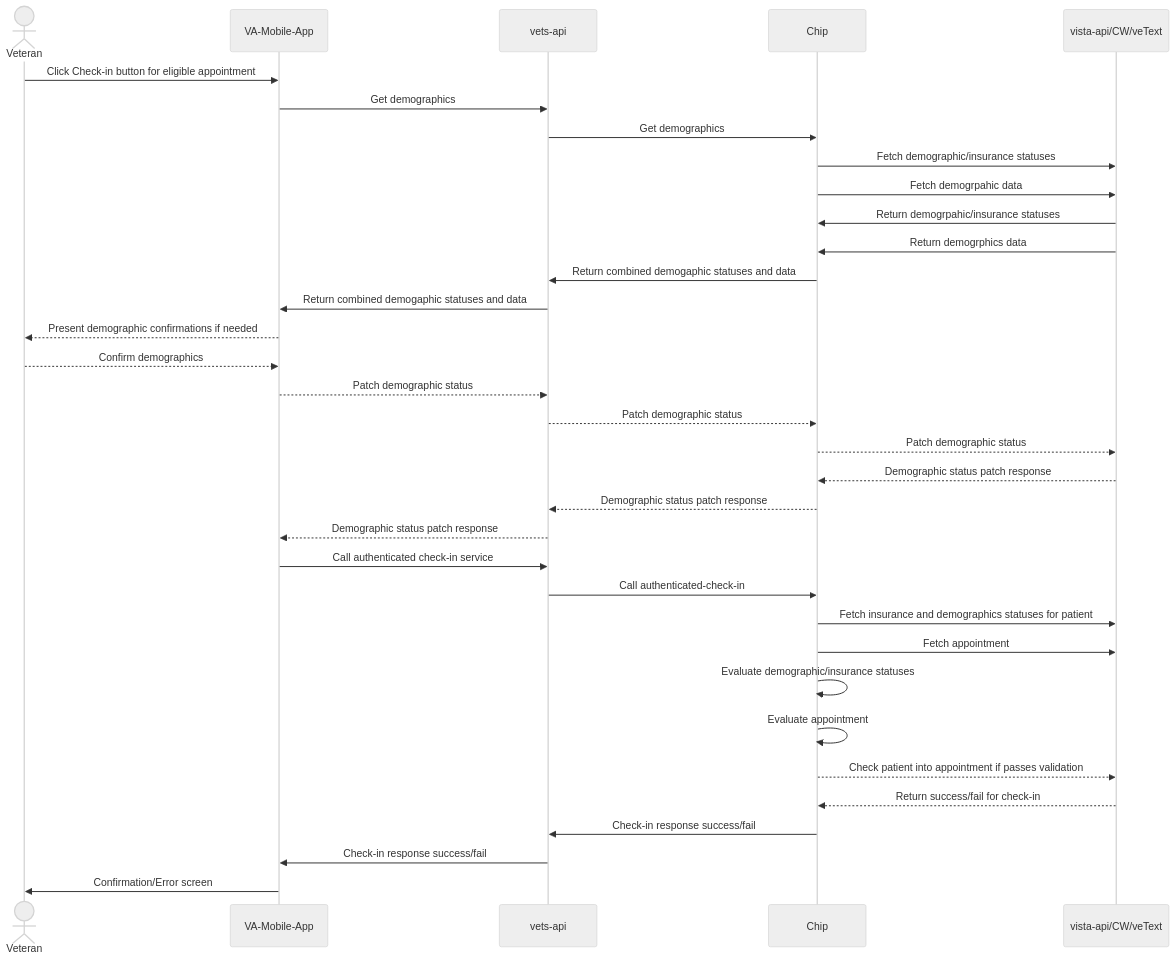
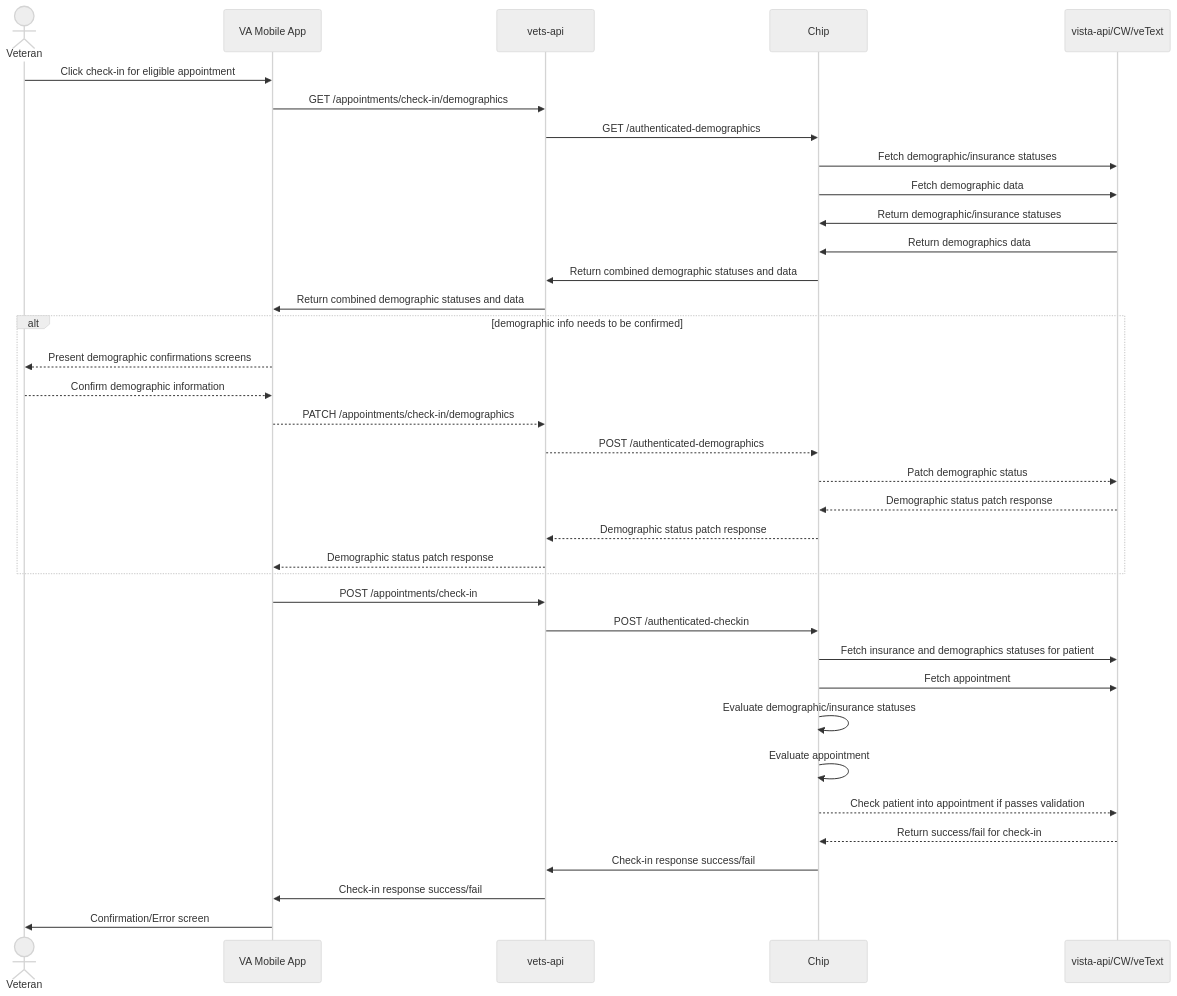
The diagram in products/health-care/checkin/engineering/architecture-diagrams/sequenceDiagram_full_auth_checkInExp.md (department-of-veterans-affairs/va.gov-team), drawn with Mermaid (neutral theme) before and after one commit. The commit also changed other lines of this file, not shown here.

````diff
--- a/products/health-care/checkin/engineering/architecture-diagrams/sequenceDiagram_full_auth_checkInExp.md
+++ b/products/health-care/checkin/engineering/architecture-diagrams/sequenceDiagram_full_auth_checkInExp.md
@@ -5,37 +7,40 @@
 ```mermaid
+
 sequenceDiagram
     actor vet as Veteran
-    participant vam as VA-Mobile-App
+    participant vam as VA Mobile App
     participant va as vets-api
     participant chip as Chip
     participant vista as vista-api/CW/veText
 
-    vet->>vam: Click Check-in button for eligible appointment
-    vam->>va: Get demographics
-    va->>chip: Get demographics
+    vet->>vam: Click check-in for eligible appointment
+    vam->>va: GET /appointments/check-in/demographics
+    va->>chip: GET /authenticated-demographics
     chip->>vista: Fetch demographic/insurance statuses
-    chip->>vista: Fetch demogrpahic data
-    vista->>chip: Return demogrpahic/insurance statuses
-    vista->>chip: Return demogrphics data
-    chip->>va: Return combined demogaphic statuses and data
-    va->>vam: Return combined demogaphic statuses and data
-    vam-->>vet: Present demographic confirmations if needed
-    vet-->>vam: Confirm demographics
-    vam-->>va: Patch demographic status
-    va-->>chip: Patch demographic status
-    chip-->>vista: Patch demographic status
-    vista-->>chip: Demographic status patch response
-    chip-->>va: Demographic status patch response
-    va-->>vam: Demographic status patch response
-    vam->>va: Call authenticated check-in service
-    va->>chip: Call authenticated-check-in
+    chip->>vista: Fetch demographic data
+    vista->>chip: Return demographic/insurance statuses
+    vista->>chip: Return demographics data
+    chip->>va: Return combined demographic statuses and data
+    va->>vam: Return combined demographic statuses and data
+    alt demographic info needs to be confirmed
+        vam-->>vet: Present demographic confirmations screens
+        vet-->>vam: Confirm demographic information
+        vam-->>va: PATCH /appointments/check-in/demographics
+        va-->>chip: POST /authenticated-demographics
+        chip-->>vista: Patch demographic status
+        vista-->>chip: Demographic status patch response
+        chip-->>va: Demographic status patch response
+        va-->>vam: Demographic status patch response
+    end
+    vam->>va: POST /appointments/check-in
+    va->>chip: POST /authenticated-checkin
     chip->>vista: Fetch insurance and demographics statuses for patient
     chip->>vista: Fetch appointment
     chip->>chip: Evaluate demographic/insurance statuses
     chip->>chip: Evaluate appointment
     chip-->>vista: Check patient into appointment if passes validation
     vista-->>chip: Return success/fail for check-in
     chip->>va: Check-in response success/fail
     va->>vam: Check-in response success/fail
     vam->>vet: Confirmation/Error screen
 ```
````
